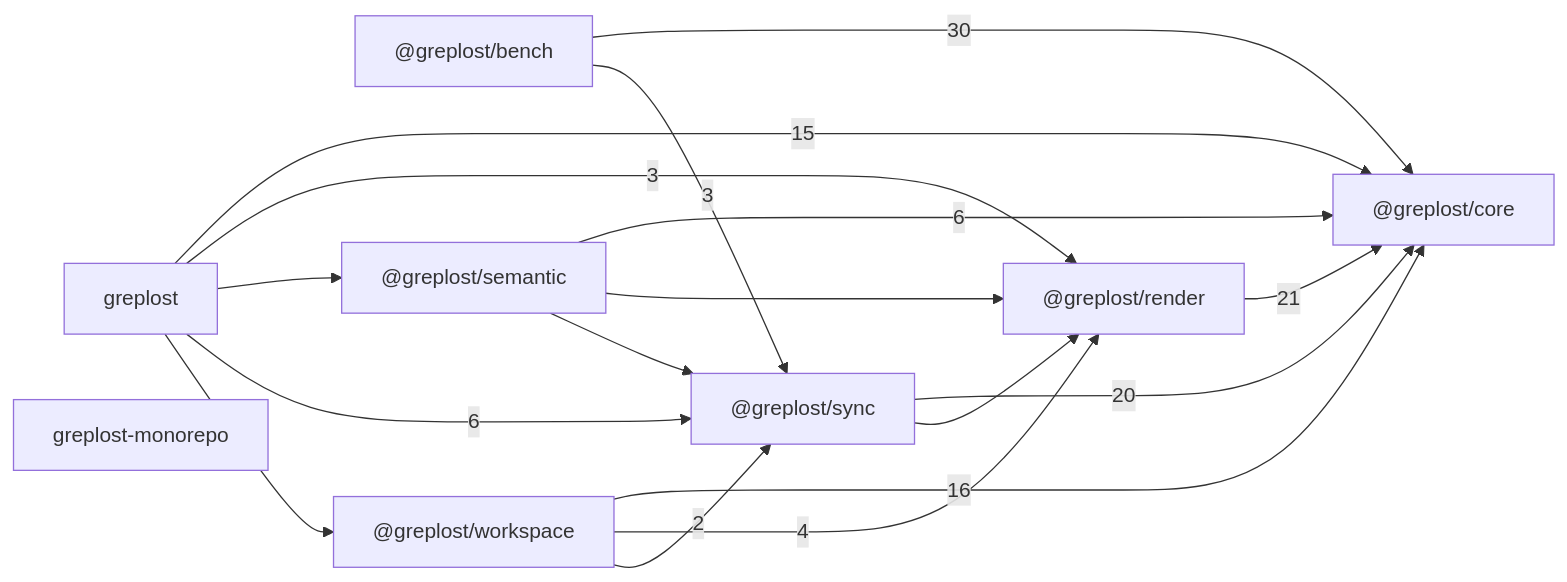
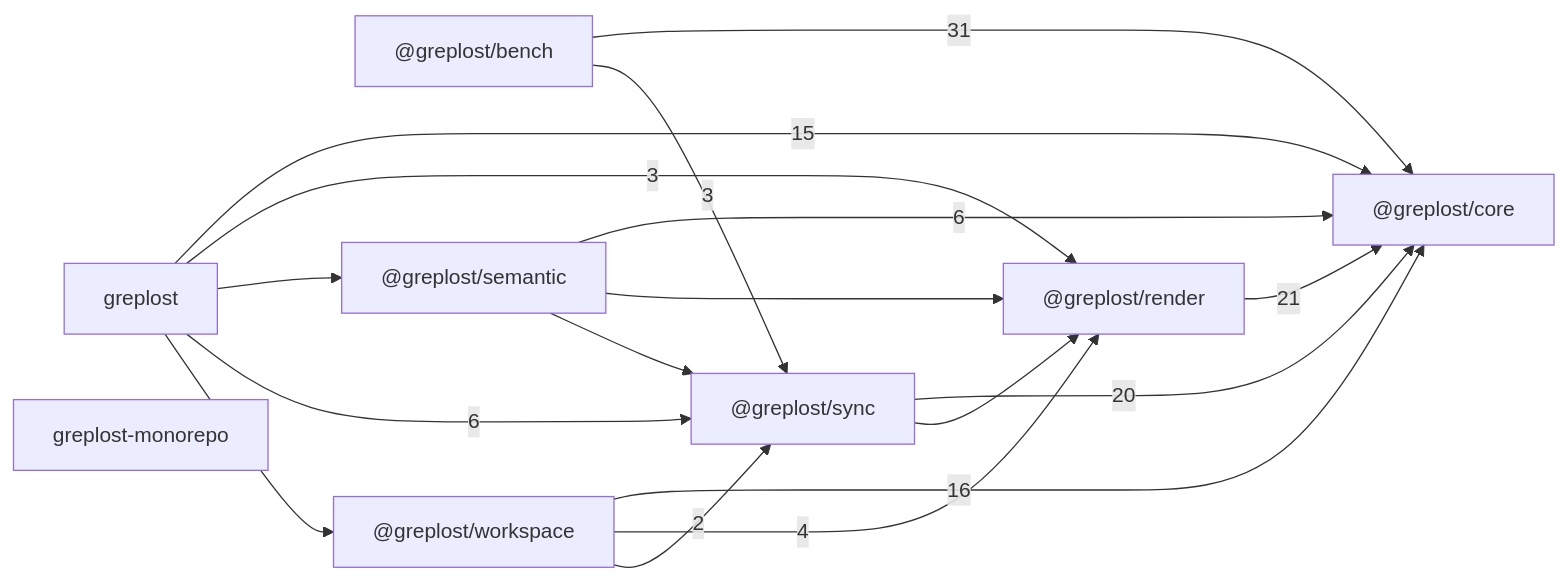
Before and after one commit to sns45/greplost: the diagram in .greplost/repo/MAP.md, drawn with Mermaid. The commit also changed other lines of this file and 16 other files, not shown here.

````diff
--- a/.greplost/repo/MAP.md
+++ b/.greplost/repo/MAP.md
@@ -21,27 +21,27 @@
 ```mermaid
 graph LR
   _greplost_bench["@greplost/bench"]
   _greplost_core["@greplost/core"]
   _greplost_render["@greplost/render"]
   _greplost_semantic["@greplost/semantic"]
   _greplost_sync["@greplost/sync"]
   _greplost_workspace["@greplost/workspace"]
   greplost["greplost"]
   greplost_monorepo["greplost-monorepo"]
-  _greplost_bench -->|30| _greplost_core
+  _greplost_bench -->|31| _greplost_core
   _greplost_bench -->|3| _greplost_sync
   _greplost_render -->|21| _greplost_core
   _greplost_semantic -->|6| _greplost_core
   _greplost_semantic --> _greplost_render
   _greplost_semantic --> _greplost_sync
   _greplost_sync -->|20| _greplost_core
   _greplost_sync --> _greplost_render
   _greplost_workspace -->|16| _greplost_core
   _greplost_workspace -->|4| _greplost_render
   _greplost_workspace -->|2| _greplost_sync
   greplost -->|15| _greplost_core
   greplost -->|3| _greplost_render
   greplost --> _greplost_semantic
   greplost -->|6| _greplost_sync
   greplost --> _greplost_workspace
 ```
````
